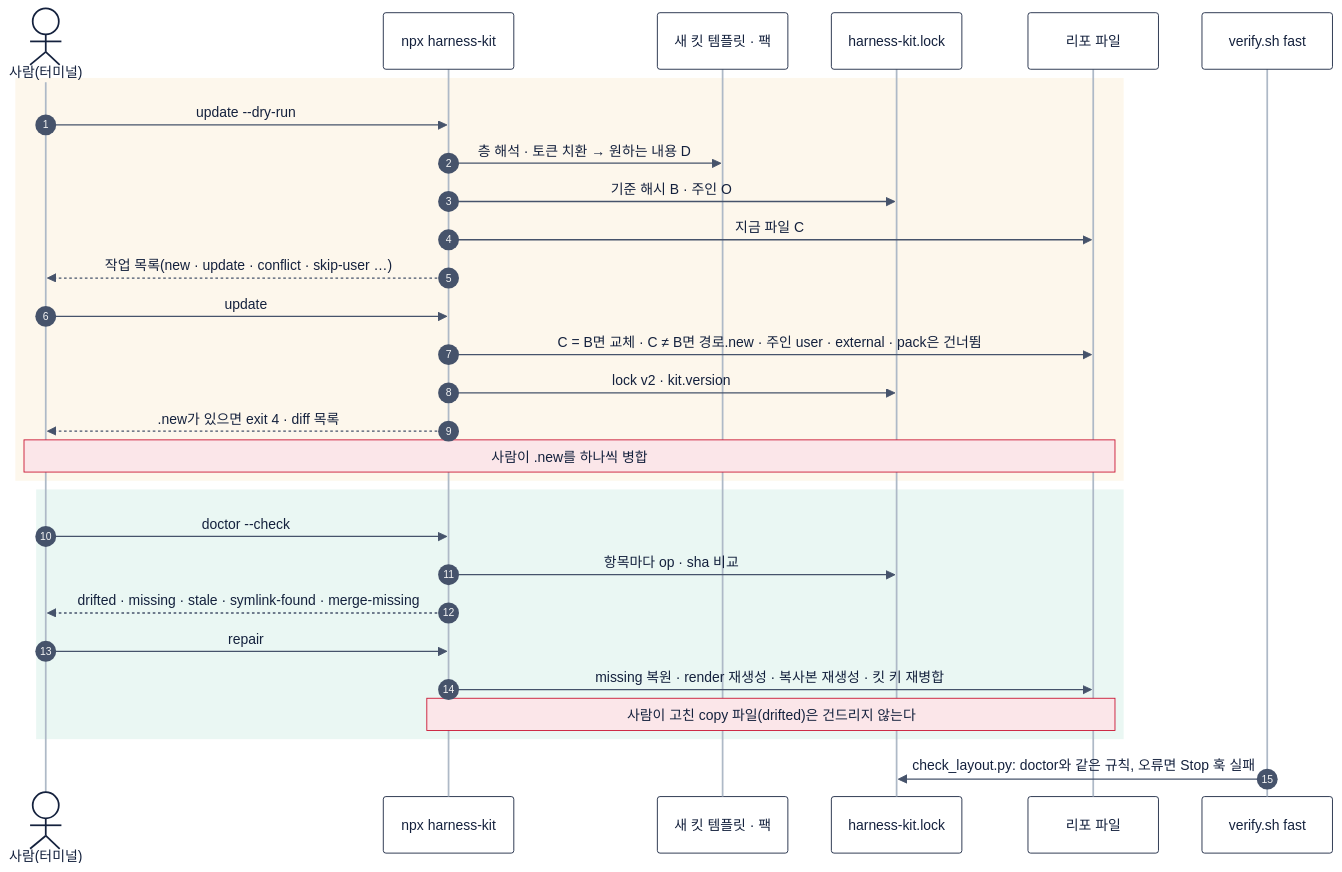
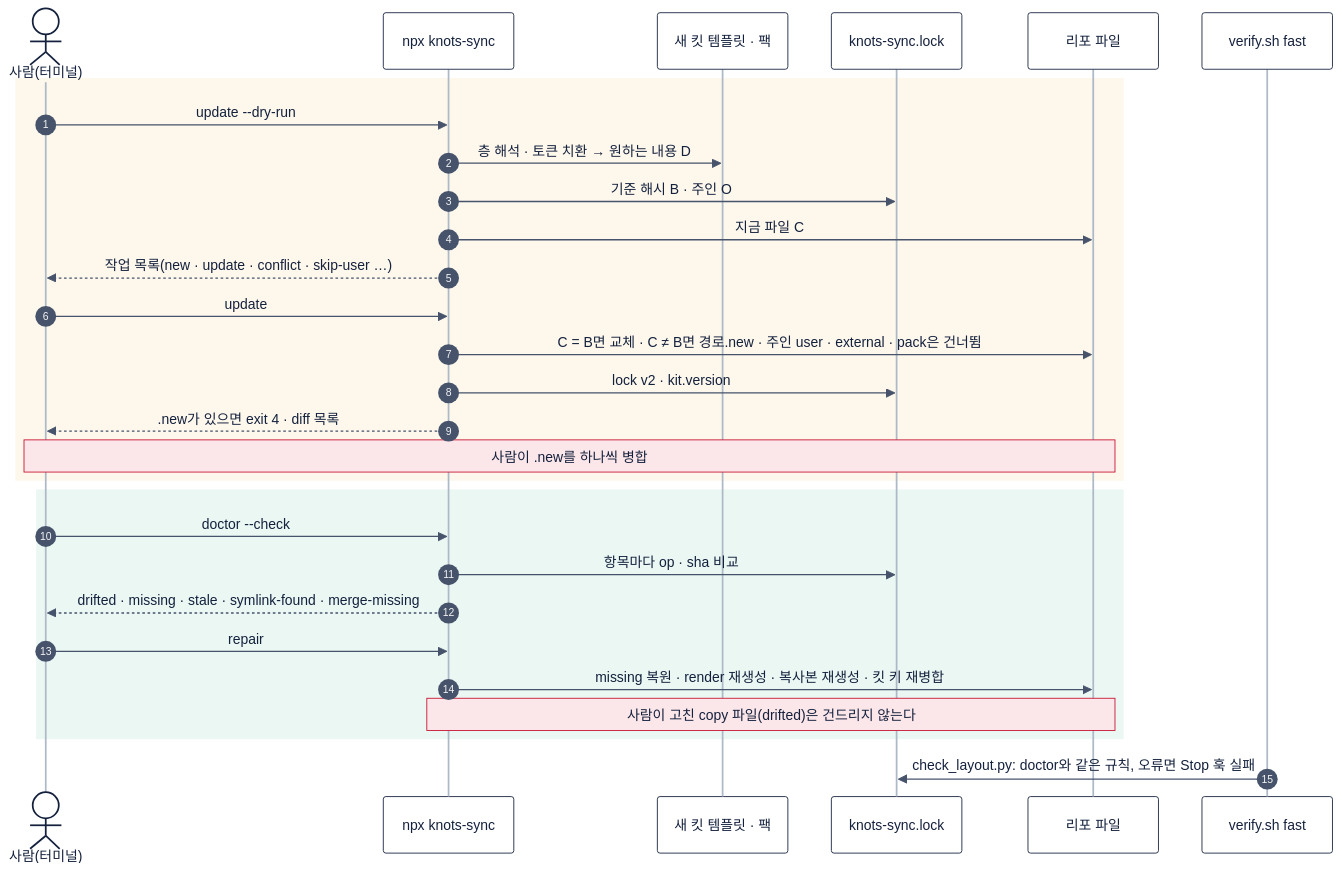
Before and after one commit to pscheol/harness-starter-kit: the diagram in docs/design/system/diagrams/seq-update.mmd, drawn with Mermaid. The commit also changed 1245 other files, not shown here.

```diff
--- a/docs/design/system/diagrams/seq-update.mmd
+++ b/docs/design/system/diagrams/seq-update.mmd
@@ -1,30 +1,30 @@
 %%{init: {"theme": "base", "fontFamily": "Apple SD Gothic Neo, AppleSDGothicNeo, Noto Sans KR, Malgun Gothic, sans-serif", "themeVariables": {"fontFamily": "Apple SD Gothic Neo, AppleSDGothicNeo, Noto Sans KR, Malgun Gothic, sans-serif", "fontSize": "15px", "actorBkg": "#ffffff", "actorBorder": "#14213d", "actorTextColor": "#14213d", "actorLineColor": "#aeb9c7", "signalColor": "#46536b", "signalTextColor": "#14213d", "noteBkgColor": "#fbe6e9", "noteBorderColor": "#c8102e", "noteTextColor": "#14213d", "labelBoxBkgColor": "#f5f7fa", "labelBoxBorderColor": "#aeb9c7", "labelTextColor": "#14213d", "loopTextColor": "#14213d"}}}%%
 sequenceDiagram
   autonumber
   actor H as 사람(터미널)
-  participant CLI as npx harness-kit
+  participant CLI as npx knots-sync
   participant T as 새 킷 템플릿 · 팩
-  participant L as harness-kit.lock
+  participant L as knots-sync.lock
   participant R as 리포 파일
   participant V as verify.sh fast
   rect rgba(251, 241, 220, 0.55)
     H->>CLI: update --dry-run
     CLI->>T: 층 해석 · 토큰 치환 → 원하는 내용 D
     CLI->>L: 기준 해시 B · 주인 O
     CLI->>R: 지금 파일 C
     CLI-->>H: 작업 목록(new · update · conflict · skip-user …)
     H->>CLI: update
     CLI->>R: C = B면 교체 · C ≠ B면 경로.new · 주인 user · external · pack은 건너뜀
     CLI->>L: lock v2 · kit.version
     CLI-->>H: .new가 있으면 exit 4 · diff 목록
     Note over H,R: 사람이 .new를 하나씩 병합
   end
   rect rgba(221, 242, 235, 0.6)
     H->>CLI: doctor --check
     CLI->>L: 항목마다 op · sha 비교
     CLI-->>H: drifted · missing · stale · symlink-found · merge-missing
     H->>CLI: repair
     CLI->>R: missing 복원 · render 재생성 · 복사본 재생성 · 킷 키 재병합
     Note over CLI,R: 사람이 고친 copy 파일(drifted)은 건드리지 않는다
   end
   V->>L: check_layout.py: doctor와 같은 규칙, 오류면 Stop 훅 실패
```
